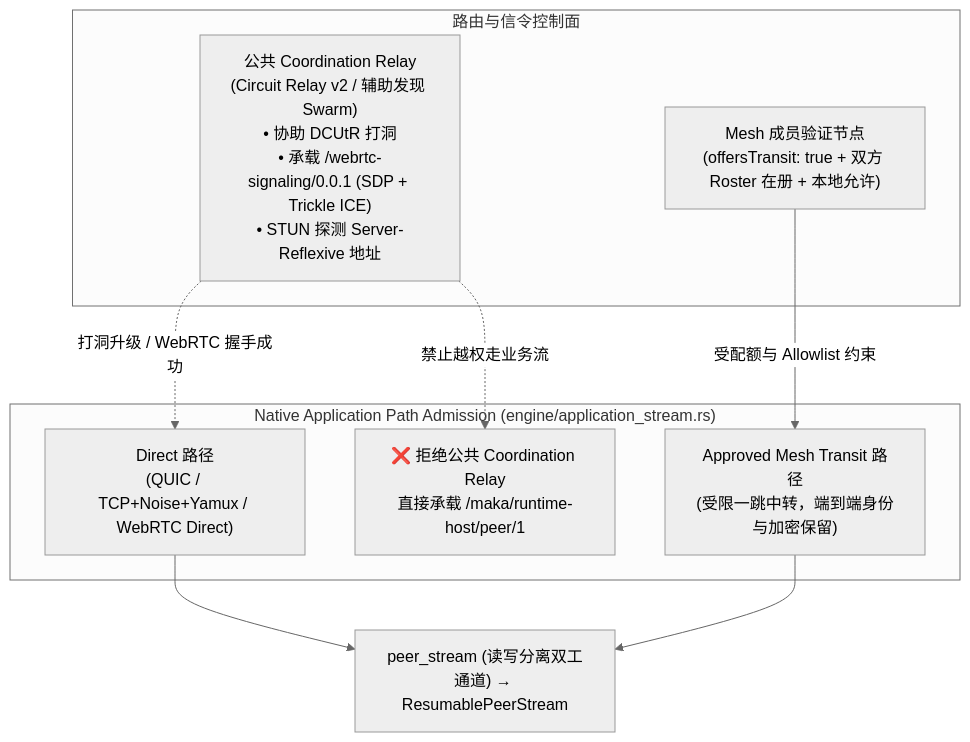
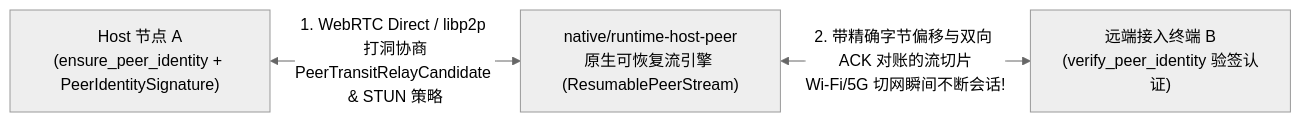
Before and after one commit to suger-m/agent-infrastructure-docs: the second of 2 diagrams in maka-agent-infra/04-state/host-ownership-and-sync.md, drawn with Mermaid (neutral theme). The commit also changed other lines of this file and 33 other files, not shown here.

Commit message:
docs(ts): overhaul all 32 TS architecture chapters in razor-sharp microkernel style & polish Rust foundations

````diff
--- a/maka-agent-infra/04-state/host-ownership-and-sync.md
+++ b/maka-agent-infra/04-state/host-ownership-and-sync.md
@@ -139,19 +59,5 @@
 ```mermaid
-flowchart TB
-    subgraph Discovery["路由与信令控制面"]
-        Coord["公共 Coordination Relay<br/>(Circuit Relay v2 / 辅助发现 Swarm)<br/>• 协助 DCUtR 打洞<br/>• 承载 /webrtc-signaling/0.0.1 (SDP + Trickle ICE)<br/>• STUN 探测 Server-Reflexive 地址"]
-        Mesh["Mesh 成员验证节点<br/>(offersTransit: true + 双方 Roster 在册 + 本地允许)"]
-    end
-
-    subgraph Admission["Native Application Path Admission (engine/application_stream.rs)"]
-        DirectPath["Direct 路径<br/>(QUIC / TCP+Noise+Yamux / WebRTC Direct)"]
-        TransitPath["Approved Mesh Transit 路径<br/>(受限一跳中转，端到端身份与加密保留)"]
-        PublicBlocked["❌ 拒绝公共 Coordination Relay<br/>直接承载 /maka/runtime-host/peer/1"]
-    end
-
-    Coord -.->|"打洞升级 / WebRTC 握手成功"| DirectPath
-    Coord -.->|"禁止越权走业务流"| PublicBlocked
-    Mesh -->|"受配额与 Allowlist 约束"| TransitPath
-    DirectPath --> Stream["peer_stream (读写分离双工通道) → ResumablePeerStream"]
-    TransitPath --> Stream
+flowchart LR
+    LocalHost["Host 节点 A<br/>(ensure_peer_identity + PeerIdentitySignature)"] <-->|"1. WebRTC Direct / libp2p 打洞协商<br/>PeerTransitRelayCandidate & STUN 策略"| MeshEngine["native/runtime-host-peer<br/>原生可恢复流引擎 (ResumablePeerStream)"]
+    MeshEngine <-->|"2. 带精确字节偏移与双向 ACK 对账的流切片<br/>Wi-Fi/5G 切网瞬间不断会话!"| RemotePeer["远端接入终端 B<br/>(verify_peer_identity 验签认证)"]
 ```
````
